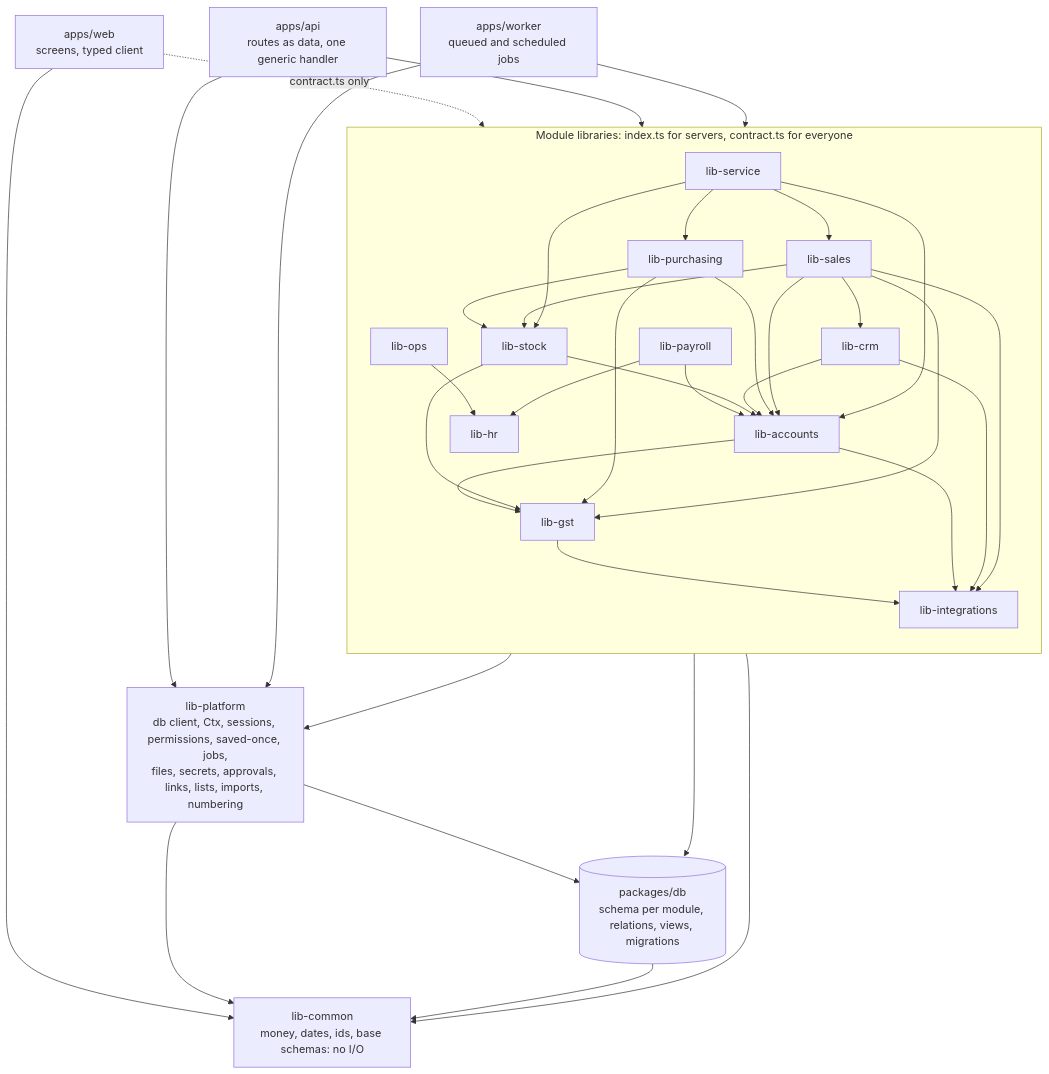
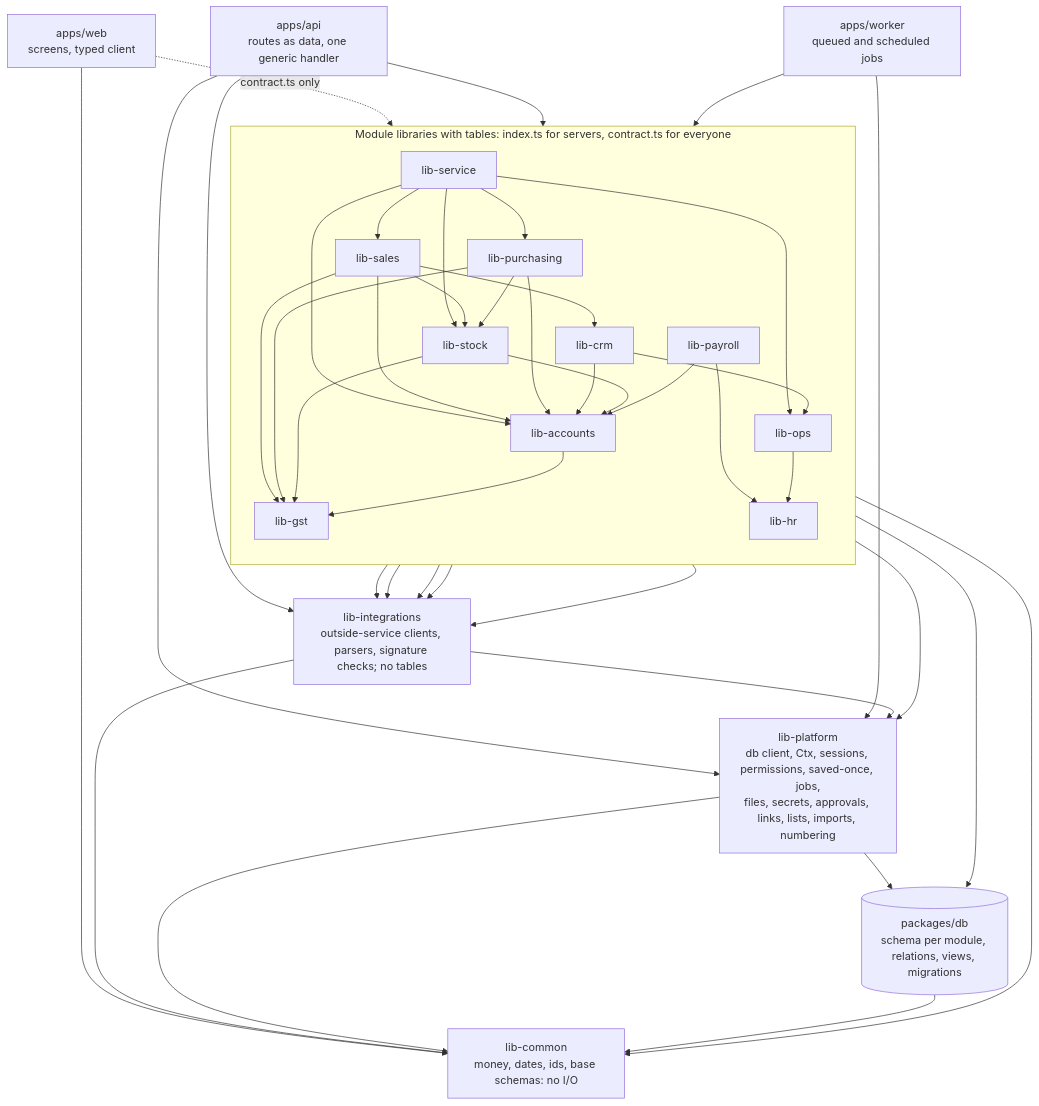
The diagram in docs/architecture/packages.md (sarthakradboards-hash/radcore-erp), drawn with Mermaid before and after one commit. The commit also changed other lines of this file and 1 other file, not shown here.

````diff
--- a/docs/architecture/packages.md
+++ b/docs/architecture/packages.md
@@ -6,49 +6,52 @@
 ```mermaid
 flowchart TB
   WEB["apps/web<br/>screens, typed client"]
   API["apps/api<br/>routes as data, one generic handler"]
   WORKER["apps/worker<br/>queued and scheduled jobs"]
 
-  subgraph MODS["Module libraries: index.ts for servers, contract.ts for everyone"]
+  subgraph MODS["Module libraries with tables: index.ts for servers, contract.ts for everyone"]
     direction TB
     SERVICE["lib-service"]
     SALES["lib-sales"]
     PURCH["lib-purchasing"]
     CRM["lib-crm"]
     STOCK["lib-stock"]
     PAYROLL["lib-payroll"]
     ACC["lib-accounts"]
     GST["lib-gst"]
     OPS["lib-ops"]
     HR["lib-hr"]
-    INT["lib-integrations"]
   end
 
+  INT["lib-integrations<br/>outside-service clients, parsers, signature checks; no tables"]
   PLAT["lib-platform<br/>db client, Ctx, sessions, permissions, saved-once, jobs,<br/>files, secrets, approvals, links, lists, imports, numbering"]
   DB[("packages/db<br/>schema per module, relations, views, migrations")]
   COMMON["lib-common<br/>money, dates, ids, base schemas: no I/O"]
 
   WEB -.->|contract.ts only| MODS
   WEB --> COMMON
   API --> MODS
+  API --> INT
   API --> PLAT
   WORKER --> MODS
   WORKER --> PLAT
 
-  SERVICE --> SALES & PURCH & STOCK & ACC
+  SERVICE --> SALES & PURCH & STOCK & ACC & OPS
   SALES --> CRM & STOCK & ACC & GST & INT
   PURCH --> STOCK & ACC & GST
-  CRM --> ACC & INT
-  STOCK --> ACC & GST
+  CRM --> ACC & OPS & INT
+  STOCK --> ACC & GST & INT
   PAYROLL --> HR & ACC
   ACC --> GST & INT
   GST --> INT
   OPS --> HR
 
   MODS --> PLAT
   MODS --> DB
   MODS --> COMMON
+  INT --> PLAT
+  INT --> COMMON
   PLAT --> DB
   PLAT --> COMMON
   DB --> COMMON
 ```
````
